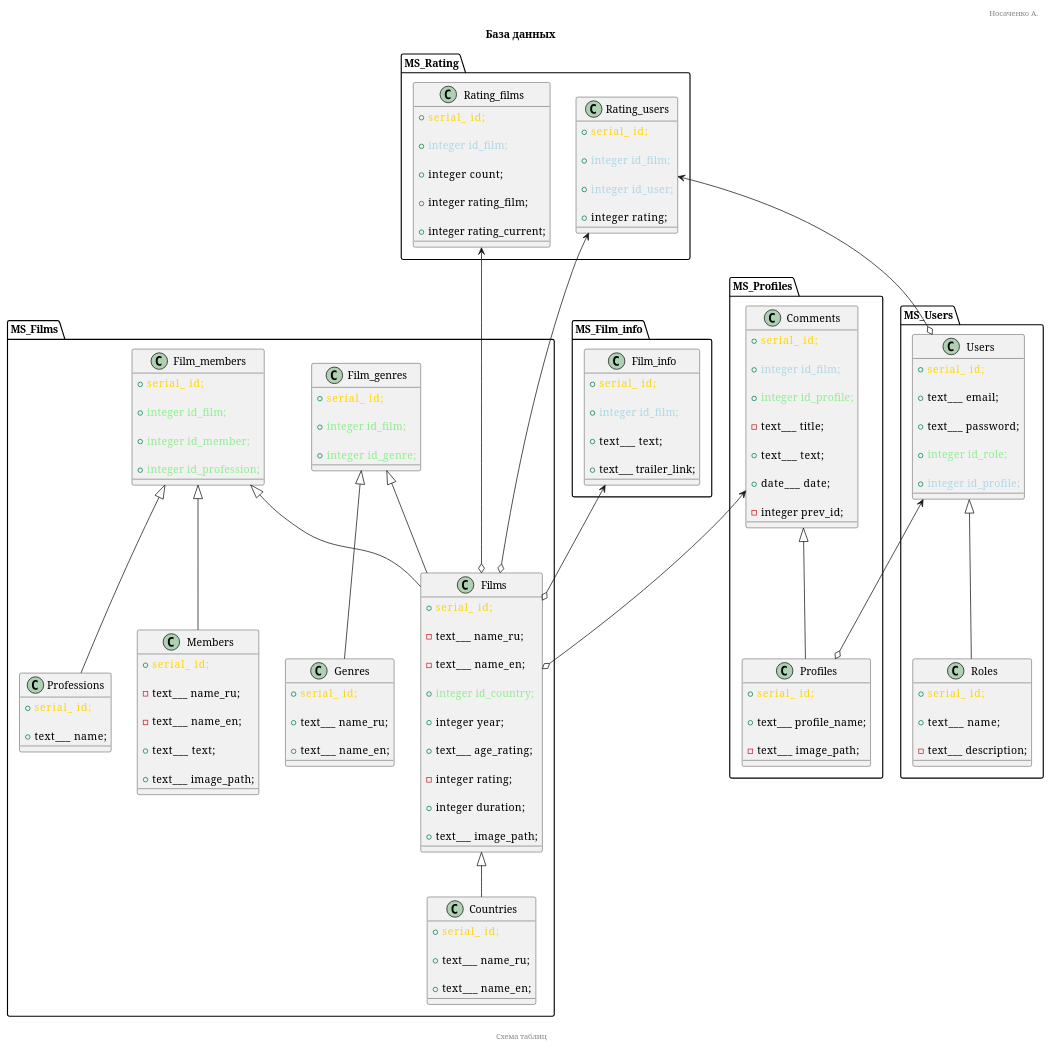
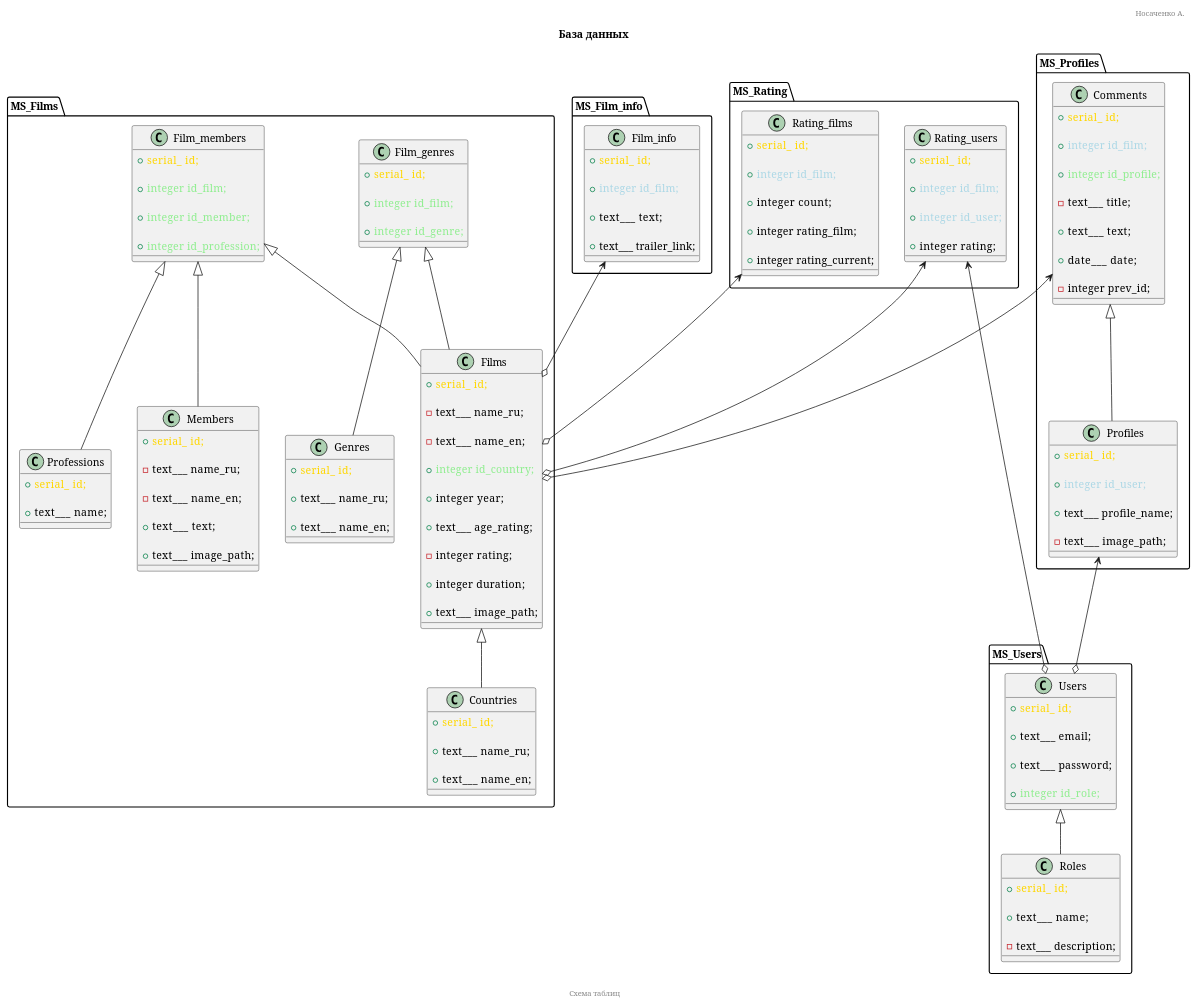
One commit to Keronon/__learnjs_Project_A changed the diagram in DB_struct.plantuml. Above: the diagram before and after it, drawn with PlantUML. The commit also changed 1 other file, not shown here.

```diff
--- a/DB_struct.plantuml
+++ b/DB_struct.plantuml
@@ -4,6 +4,8 @@
 title  База данных
 header Носаченко А.
 footer \n Схема таблиц
+
+skinparam defaultFontName VL Gothic
 
 
 ' = = = = = = = =
@@ -15,7 +17,7 @@
 
 class Films
 {
-  + <font color="gold"      >serial_     id;
+  + <font color="gold"      >serial_   id;
 
   - text___   name_ru;
 
@@ -36,7 +38,7 @@
 
 class Countries
 {
-  + <font color="gold"      >serial_     id;
+  + <font color="gold"      >serial_   id;
 
   + text___   name_ru;
 
@@ -45,7 +47,7 @@
 
 class Film_genres
 {
-  + <font color="gold"      >serial_     id;
+  + <font color="gold"      >serial_   id;
 
   + <font color="lightgreen">integer   id_film;
 
@@ -54,7 +56,7 @@
 
 class Genres
 {
-  + <font color="gold"      >serial_     id;
+  + <font color="gold"      >serial_   id;
 
   + text___   name_ru;
 
@@ -63,7 +65,7 @@
 
 class Film_members
 {
-  + <font color="gold"      >serial_     id;
+  + <font color="gold"      >serial_   id;
 
   + <font color="lightgreen">integer   id_film;
 
@@ -74,7 +76,7 @@
 
 class Members
 {
-  + <font color="gold"      >serial_     id;
+  + <font color="gold"      >serial_   id;
 
   - text___   name_ru;
 
@@ -87,7 +89,7 @@
 
 class Professions
 {
-  + <font color="gold"      >serial_     id;
+  + <font color="gold"      >serial_   id;
 
   + text___   name;
 }
@@ -104,7 +106,7 @@
 
 class Rating_films
 {
-  + <font color="gold"      >serial_     id;
+  + <font color="gold"      >serial_   id;
 
   + <font color="lightblue" >integer   id_film;
 
@@ -117,7 +119,7 @@
 
 class Rating_users
 {
-  + <font color="gold"      >serial_     id;
+  + <font color="gold"      >serial_   id;
 
   + <font color="lightblue" >integer   id_film;
 
@@ -138,7 +140,7 @@
 
 class Film_info
 {
-  + <font color="gold"      >serial_     id;
+  + <font color="gold"      >serial_   id;
 
   + <font color="lightblue" >integer   id_film;
 
@@ -159,7 +161,9 @@
 
 class Profiles
 {
-  + <font color="gold"      >serial_     id;
+  + <font color="gold"      >serial_   id;
+
+  + <font color="lightblue" >integer   id_user;
 
   + text___   profile_name;
 
@@ -168,7 +172,7 @@
 
 class Comments
 {
-  + <font color="gold"      >serial_     id;
+  + <font color="gold"      >serial_   id;
 
   + <font color="lightblue" >integer   id_film;
 
@@ -195,20 +199,18 @@
 
 class Users
 {
-  + <font color="gold"      >serial_     id;
+  + <font color="gold"      >serial_   id;
 
   + text___   email;
 
   + text___   password;
 
   + <font color="lightgreen">integer   id_role;
-
-  + <font color="lightblue" >integer   id_profile;
 }
 
 class Roles
 {
-  + <font color="gold"      >serial_     id;
+  + <font color="gold"      >serial_   id;
 
   + text___   name;
 
@@ -245,7 +247,7 @@
 Rating_users <--o Users
 
 Comments     <--o Films
-Users        <--o Profiles
+Profiles     <--o Users
 
 
 @enduml
```
